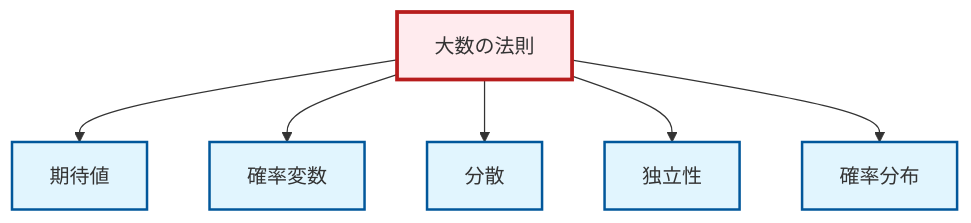
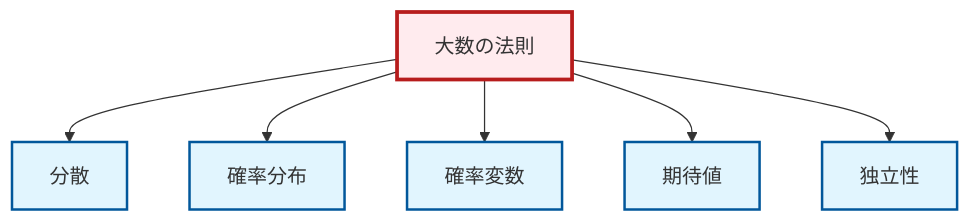
The diagram in output/mermaid/ja/thm-law-of-large-numbers.mermaid (RK0429/ModernMath), drawn with Mermaid before and after one commit. The commit also changed other lines of this file and 3114 other files, not shown here.

```diff
--- a/output/mermaid/ja/thm-law-of-large-numbers.mermaid
+++ b/output/mermaid/ja/thm-law-of-large-numbers.mermaid
@@ -1,18 +1,18 @@
 graph TD
     classDef definition fill:#e1f5fe,stroke:#01579b,stroke-width:2px
     classDef theorem fill:#f3e5f5,stroke:#4a148c,stroke-width:2px
     classDef axiom fill:#fff3e0,stroke:#e65100,stroke-width:2px
     classDef example fill:#e8f5e9,stroke:#1b5e20,stroke-width:2px
     classDef current fill:#ffebee,stroke:#b71c1c,stroke-width:3px
+    def-variance["分散"]:::definition
     thm-law-of-large-numbers["大数の法則"]:::theorem
-    def-expectation["期待値"]:::definition
-    def-variance["分散"]:::definition
-    def-independence["独立性"]:::definition
     def-probability-distribution["確率分布"]:::definition
     def-random-variable["確率変数"]:::definition
+    def-independence["独立性"]:::definition
+    def-expectation["期待値"]:::definition
+    thm-law-of-large-numbers --> def-variance
+    thm-law-of-large-numbers --> def-probability-distribution
+    thm-law-of-large-numbers --> def-random-variable
     thm-law-of-large-numbers --> def-expectation
-    thm-law-of-large-numbers --> def-random-variable
-    thm-law-of-large-numbers --> def-variance
     thm-law-of-large-numbers --> def-independence
-    thm-law-of-large-numbers --> def-probability-distribution
     class thm-law-of-large-numbers current
```
